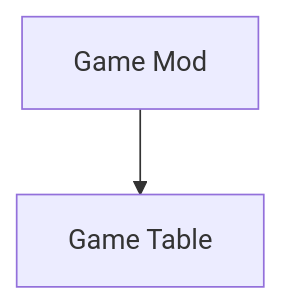
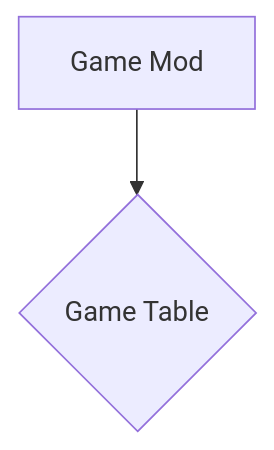
Before and after one commit to Jimmy888888/My_Solitaire_rewrite: the diagram in README.md, drawn with Mermaid.

````diff
--- a/README.md
+++ b/README.md
@@ -5,4 +5,4 @@
 ```mermaid
   graph TD;
-    A[Game Mod] -->B[Game Table];
+    A[Game Mod] -->B{Game Table};
 ```
````
